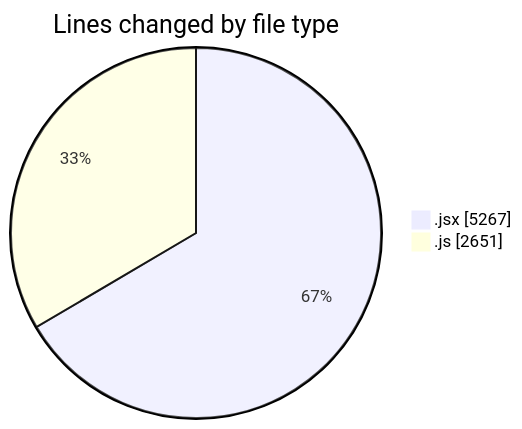
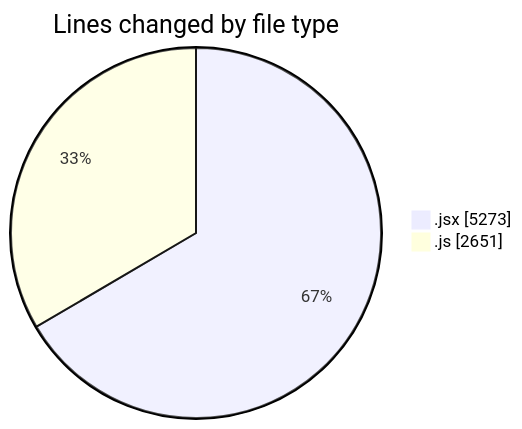
The first of 2 diagrams in 2025-07-30/nxtqube_webapp/README.md (nxtqubesakshisongat/code-tracking), drawn with Mermaid before and after one commit. The commit also changed other lines of this file and 1 other file, not shown here.

````diff
--- a/2025-07-30/nxtqube_webapp/README.md
+++ b/2025-07-30/nxtqube_webapp/README.md
@@ -32,6 +32,6 @@
 ```mermaid
 pie showData
 title Lines changed by file type
-".jsx" : 5267
+".jsx" : 5273
 ".js" : 2651
 ```
````
